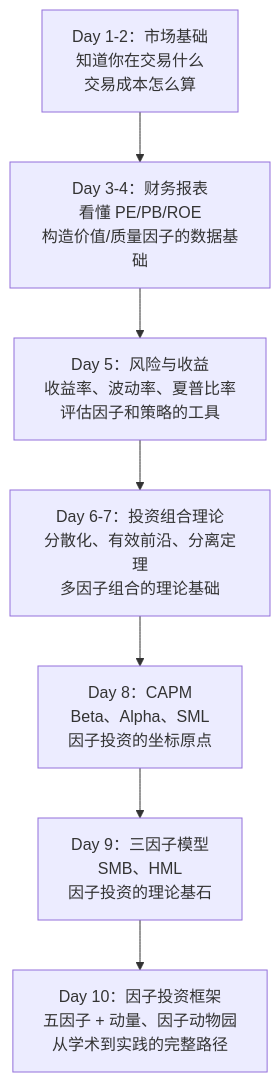
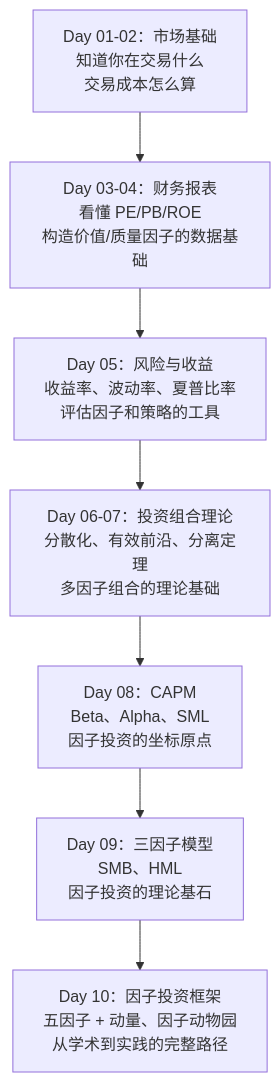
Before and after one commit to cxmokai/factor-investing-study: the fourth of 4 diagrams in 金融基础/讲义/Day10-因子投资的起源与框架.md, drawn with Mermaid. The commit also changed other lines of this file and 16 other files, not shown here.

````diff
--- a/金融基础/讲义/Day10-因子投资的起源与框架.md
+++ b/金融基础/讲义/Day10-因子投资的起源与框架.md
@@ -468,9 +468,9 @@
 ```mermaid
 graph TD
-    A["Day 1-2：市场基础<br>知道你在交易什么<br>交易成本怎么算"] --> B["Day 3-4：财务报表<br>看懂 PE/PB/ROE<br>构造价值/质量因子的数据基础"]
-    B --> C["Day 5：风险与收益<br>收益率、波动率、夏普比率<br>评估因子和策略的工具"]
-    C --> D["Day 6-7：投资组合理论<br>分散化、有效前沿、分离定理<br>多因子组合的理论基础"]
-    D --> E["Day 8：CAPM<br>Beta、Alpha、SML<br>因子投资的坐标原点"]
-    E --> F["Day 9：三因子模型<br>SMB、HML<br>因子投资的理论基石"]
+    A["Day 01-02：市场基础<br>知道你在交易什么<br>交易成本怎么算"] --> B["Day 03-04：财务报表<br>看懂 PE/PB/ROE<br>构造价值/质量因子的数据基础"]
+    B --> C["Day 05：风险与收益<br>收益率、波动率、夏普比率<br>评估因子和策略的工具"]
+    C --> D["Day 06-07：投资组合理论<br>分散化、有效前沿、分离定理<br>多因子组合的理论基础"]
+    D --> E["Day 08：CAPM<br>Beta、Alpha、SML<br>因子投资的坐标原点"]
+    E --> F["Day 09：三因子模型<br>SMB、HML<br>因子投资的理论基石"]
     F --> G["Day 10：因子投资框架<br>五因子 + 动量、因子动物园<br>从学术到实践的完整路径"]
 ```
````
